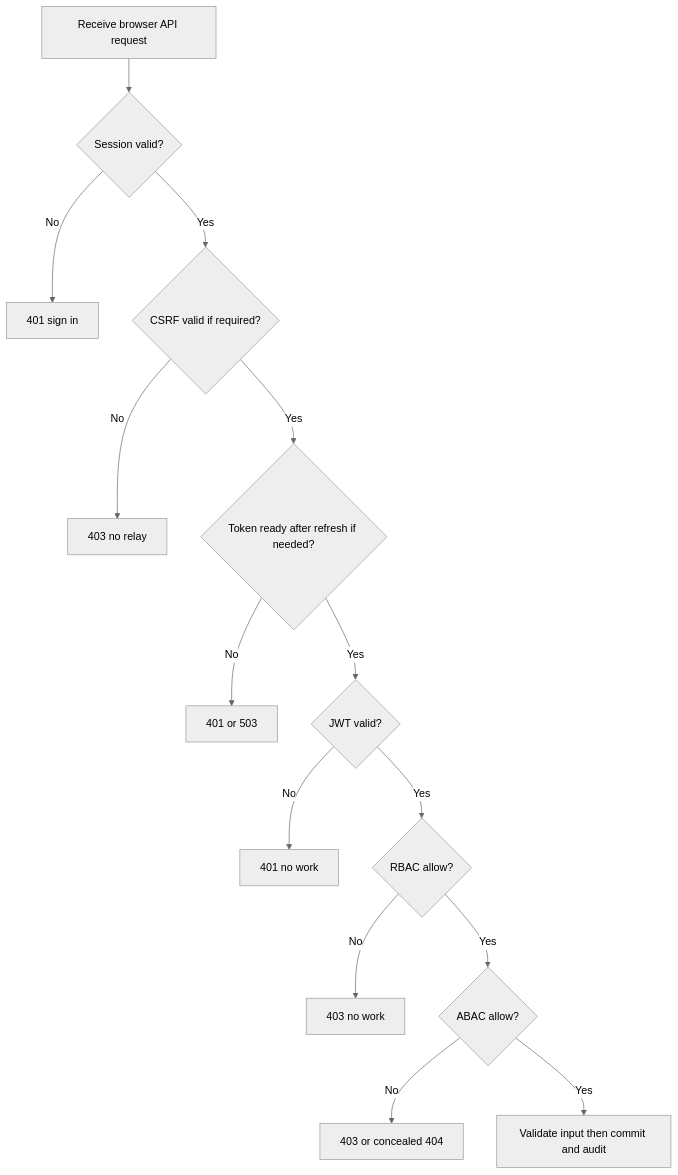
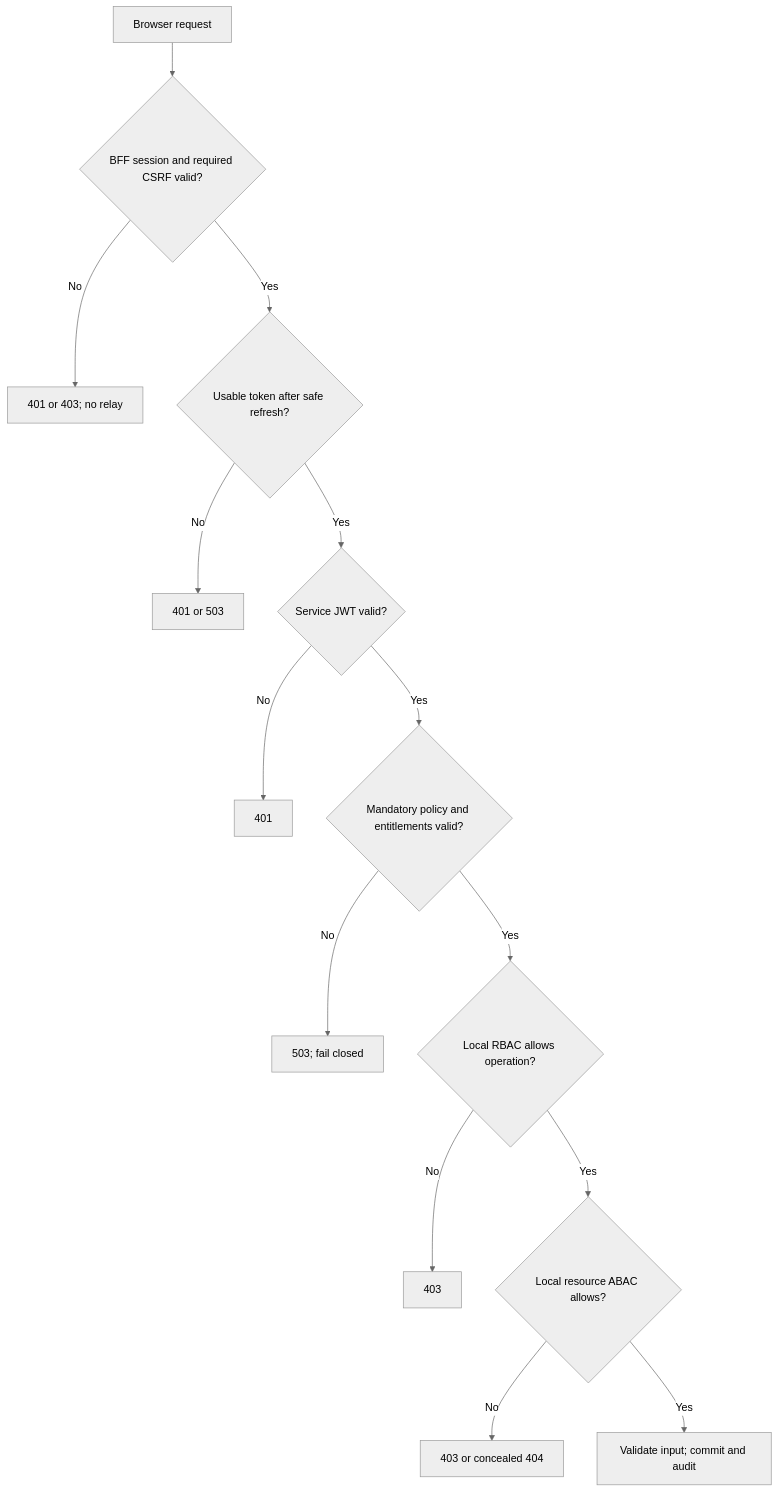
Before and after one commit to renjithpta/app-dff-login-docs: the diagram in docs/centralized-sso/diagram-source/06_request_activity_and_denials.mmd, drawn with Mermaid (neutral theme). The commit also changed 58 other files, not shown here.

Commit message:
Clarify service-local RBAC and ABAC with BFF token relay; refresh architecture diagrams and documents

```diff
--- a/docs/centralized-sso/diagram-source/06_request_activity_and_denials.mmd
+++ b/docs/centralized-sso/diagram-source/06_request_activity_and_denials.mmd
@@ -1,14 +1,14 @@
 flowchart TD
-  A["Receive browser API request"] --> B{"Session valid?"}
-  B -->|No| B0["401 sign in"]
-  B -->|Yes| C{"CSRF valid if required?"}
-  C -->|No| C0["403 no relay"]
-  C -->|Yes| D{"Token ready after refresh if needed?"}
-  D -->|No| D0["401 or 503"]
-  D -->|Yes| E{"JWT valid?"}
-  E -->|No| E0["401 no work"]
-  E -->|Yes| F{"RBAC allow?"}
-  F -->|No| F0["403 no work"]
-  F -->|Yes| G{"ABAC allow?"}
+  A["Browser request"] --> B{"BFF session and required CSRF valid?"}
+  B -->|No| B0["401 or 403; no relay"]
+  B -->|Yes| C{"Usable token after safe refresh?"}
+  C -->|No| C0["401 or 503"]
+  C -->|Yes| D{"Service JWT valid?"}
+  D -->|No| D0["401"]
+  D -->|Yes| E{"Mandatory policy and entitlements valid?"}
+  E -->|No| E0["503; fail closed"]
+  E -->|Yes| F{"Local RBAC allows operation?"}
+  F -->|No| F0["403"]
+  F -->|Yes| G{"Local resource ABAC allows?"}
   G -->|No| G0["403 or concealed 404"]
-  G -->|Yes| H["Validate input then commit and audit"]
+  G -->|Yes| H["Validate input; commit and audit"]
```
